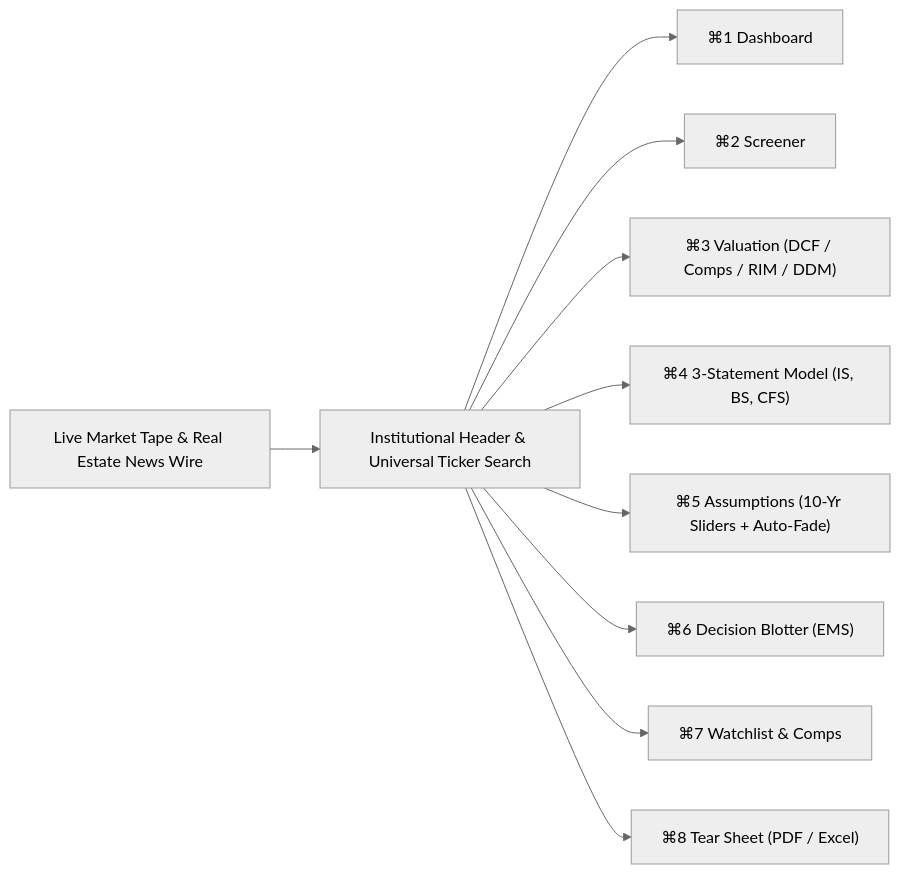
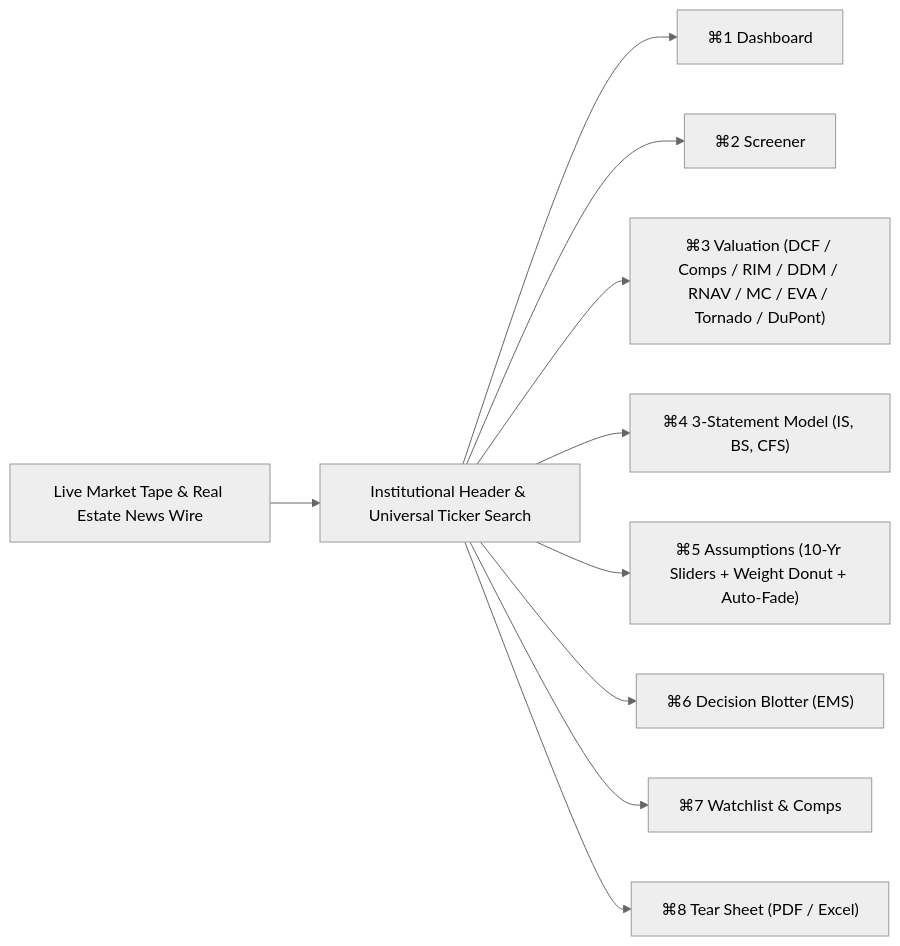
One commit to celeebi/DBV_Midterm changed the diagram in README.md. Above: the diagram before and after it, drawn with Mermaid (neutral theme). The commit also changed other lines of this file and 2 other files, not shown here.

Commit message:
docs: consolidate system architecture, user guide, and plan for develop_further with Option A and weight donut chart

````diff
--- a/README.md
+++ b/README.md
@@ -42,12 +45,12 @@
 ```mermaid
 flowchart LR
     Tape["Live Market Tape & Real Estate News Wire"] --> Nav["Institutional Header & Universal Ticker Search"]
     Nav --> V1["⌘1 Dashboard"]
     Nav --> V2["⌘2 Screener"]
-    Nav --> V3["⌘3 Valuation (DCF / Comps / RIM / DDM)"]
+    Nav --> V3["⌘3 Valuation (DCF / Comps / RIM / DDM / RNAV / MC / EVA / Tornado / DuPont)"]
     Nav --> V4["⌘4 3-Statement Model (IS, BS, CFS)"]
-    Nav --> V5["⌘5 Assumptions (10-Yr Sliders + Auto-Fade)"]
+    Nav --> V5["⌘5 Assumptions (10-Yr Sliders + Weight Donut + Auto-Fade)"]
     Nav --> V6["⌘6 Decision Blotter (EMS)"]
     Nav --> V7["⌘7 Watchlist & Comps"]
     Nav --> V8["⌘8 Tear Sheet (PDF / Excel)"]
 ```
````
